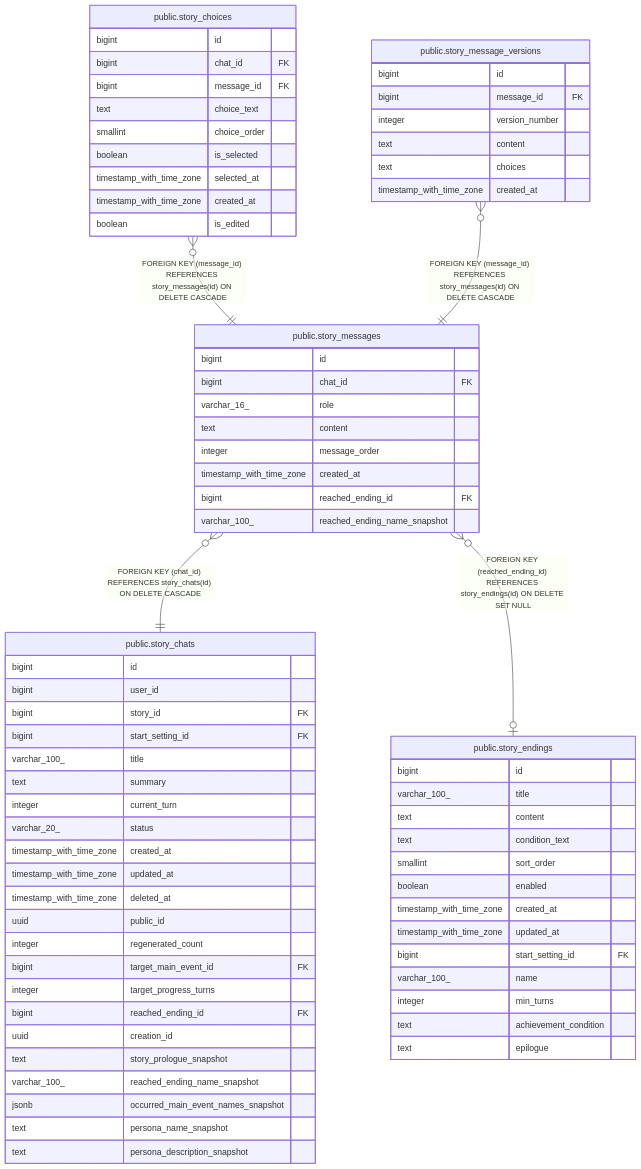
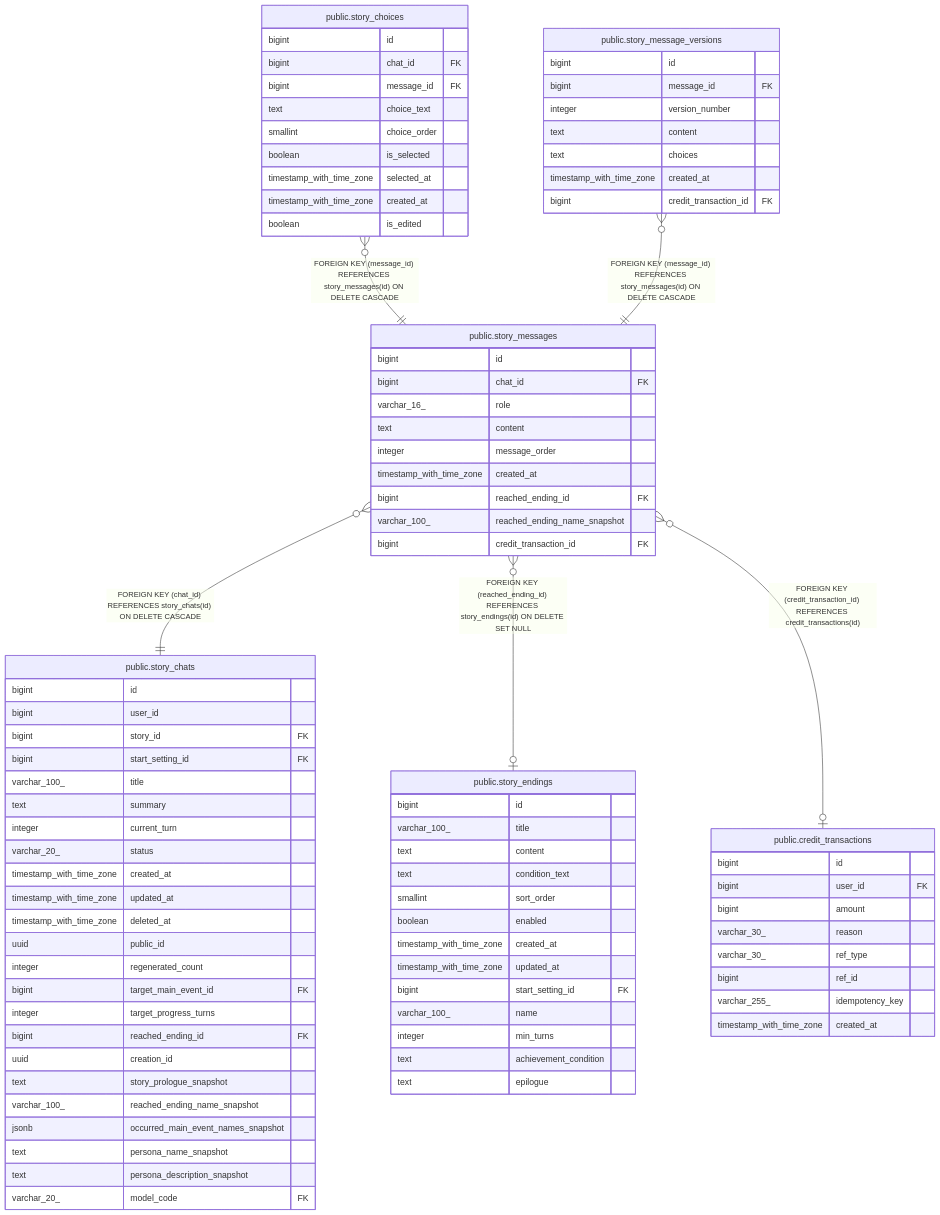
One commit to KIM-N-KANG/manyak-server changed the diagram in dbdoc/public.story_messages.md. Above: the diagram before and after it, drawn with Mermaid. The commit also changed other lines of this file and 70 other files, not shown here.

````diff
--- a/dbdoc/public.story_messages.md
+++ b/dbdoc/public.story_messages.md
@@ -42,6 +45,7 @@
 "public.story_message_versions" }o--|| "public.story_messages" : "FOREIGN KEY (message_id) REFERENCES story_messages(id) ON DELETE CASCADE"
 "public.story_messages" }o--|| "public.story_chats" : "FOREIGN KEY (chat_id) REFERENCES story_chats(id) ON DELETE CASCADE"
 "public.story_messages" }o--o| "public.story_endings" : "FOREIGN KEY (reached_ending_id) REFERENCES story_endings(id) ON DELETE SET NULL"
+"public.story_messages" }o--o| "public.credit_transactions" : "FOREIGN KEY (credit_transaction_id) REFERENCES credit_transactions(id)"
 
 "public.story_messages" {
   bigint id
@@ -52,6 +56,7 @@
   timestamp_with_time_zone created_at
   bigint reached_ending_id FK
   varchar_100_ reached_ending_name_snapshot
+  bigint credit_transaction_id FK
 }
 "public.story_choices" {
   bigint id
@@ -71,6 +76,7 @@
   text content
   text choices
   timestamp_with_time_zone created_at
+  bigint credit_transaction_id FK
 }
 "public.story_chats" {
   bigint id
@@ -95,6 +101,7 @@
   jsonb occurred_main_event_names_snapshot
   text persona_name_snapshot
   text persona_description_snapshot
+  varchar_20_ model_code FK
 }
 "public.story_endings" {
   bigint id
@@ -111,4 +118,14 @@
   text achievement_condition
   text epilogue
 }
+"public.credit_transactions" {
+  bigint id
+  bigint user_id FK
+  bigint amount
+  varchar_30_ reason
+  varchar_30_ ref_type
+  bigint ref_id
+  varchar_255_ idempotency_key
+  timestamp_with_time_zone created_at
+}
 ```
````
